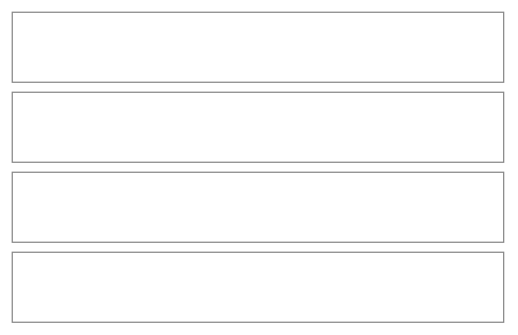
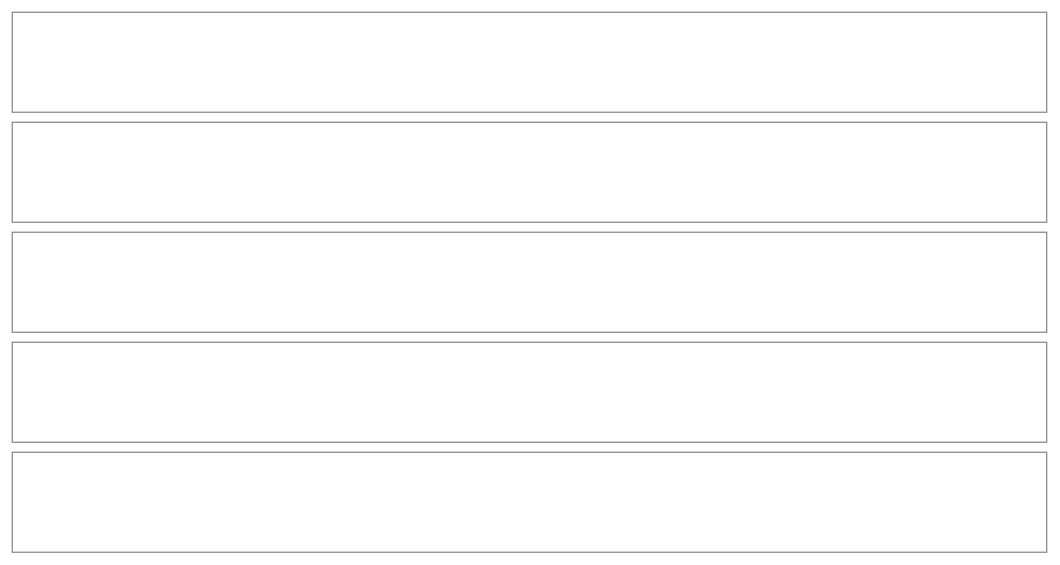
Before and after one commit to NovaMoonX/moondreams-dev-apps: diagram 19 of 57 in src/apps/pinch/UX.md, drawn with Mermaid. The commit also changed other lines of this file and 123 other files, not shown here.

First line of the commit message:
Pinch round 7: cooking mode leads with the step, lighter recipe and meal views, roomy More, ingredient groups, named meals on the shopping list (#358)

````diff
--- a/src/apps/pinch/UX.md
+++ b/src/apps/pinch/UX.md
@@ -585,13 +627,15 @@
 ```mermaid
 %%{init: {'theme': 'base', 'themeVariables': {'primaryColor': 'transparent', 'primaryBorderColor': '#888888', 'primaryTextColor': '#333333', 'lineColor': '#888888'}}}%%
 block-beta
   columns 1
   W1["‹ From a file"]
-  W2["An AI reads the file and fills in the form. It isn't saved."]
-  W3["📎 A photo, screenshot or PDF, up to 10 MB<br/>Choose a file · or drop it here (hint hidden on a phone)"]
-  W4["Write it yourself instead"]
+  W2["📎 An AI reads the file and fills in the form.<br/>You look it over before anything is saved.  (tinted card)"]
+  W3["RECIPE FILE<br/>┌ ⬆ Tap to choose a file · Photo, screenshot or PDF · up to 10 MB · or drop it here (the last part hidden on a phone)<br/>└ Clear, straight-on photos read best.  (dashed card, hairline, hint)"]
+  W4["✍️ Write it yourself · Start with a blank recipe  (dashed row, as on the list of ways)"]
+  W5["pinned footer: [ Back ] [ Choose a file ]"]
   style W1 fill:transparent,stroke:#888888,stroke-width:1px;
   style W2 fill:transparent,stroke:#888888,stroke-width:1px;
   style W3 fill:transparent,stroke:#888888,stroke-width:1px;
   style W4 fill:transparent,stroke:#888888,stroke-width:1px;
+  style W5 fill:transparent,stroke:#888888,stroke-width:1px;
 ```
````
